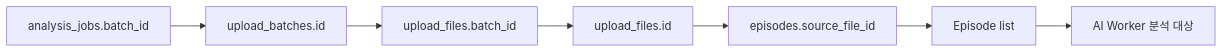
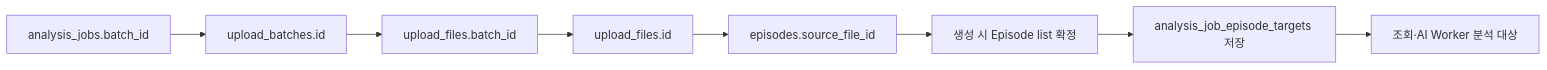
One commit to catchhole-soma/catchhole-backend-java changed the eighth of 10 diagrams in docs/analysis-workflow.md. Above: the diagram before and after it, drawn with Mermaid. The commit also changed other lines of this file and 8 other files, not shown here.

````diff
--- a/docs/analysis-workflow.md
+++ b/docs/analysis-workflow.md
@@ -256,9 +263,10 @@
 ```mermaid
 flowchart LR
     A["analysis_jobs.batch_id"] --> B["upload_batches.id"]
     B --> C["upload_files.batch_id"]
     C --> D["upload_files.id"]
     D --> E["episodes.source_file_id"]
-    E --> F["Episode list"]
-    F --> G["AI Worker 분석 대상"]
+    E --> F["생성 시 Episode list 확정"]
+    F --> G["analysis_job_episode_targets 저장"]
+    G --> H["조회·AI Worker 분석 대상"]
 ```
````
